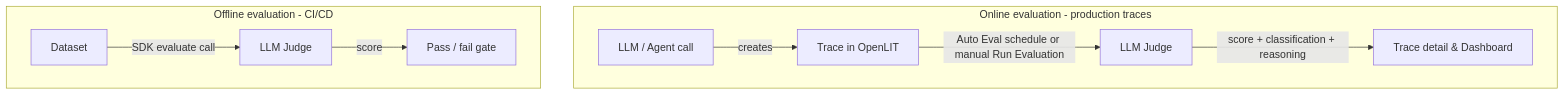
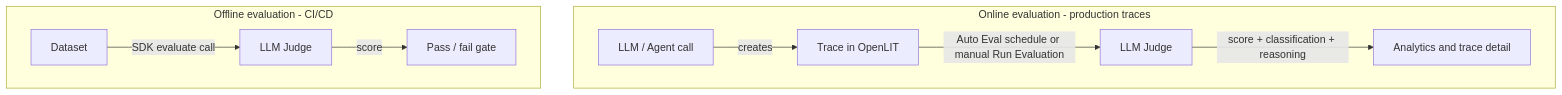
One commit to openlit/openlit changed the diagram in docs/latest/openlit/evaluations/overview.mdx. Above: the diagram before and after it, drawn with Mermaid. The commit also changed other lines of this file and 153 other files, not shown here.

````diff
--- a/docs/latest/openlit/evaluations/overview.mdx
+++ b/docs/latest/openlit/evaluations/overview.mdx
@@ -19,14 +35,14 @@
 ```mermaid
 flowchart TB;
     subgraph Online["Online evaluation - production traces"]
         direction LR;
         A[LLM / Agent call] -->|creates| B[Trace in OpenLIT];
         B -->|Auto Eval schedule or manual Run Evaluation| C[LLM Judge];
-        C -->|score + classification + reasoning| D[Trace detail & Dashboard];
+        C -->|score + classification + reasoning| D[Analytics and trace detail];
     end
     subgraph Offline["Offline evaluation - CI/CD"]
         direction LR;
         E[Dataset] -->|SDK evaluate call| F[LLM Judge];
         F -->|score| G[Pass / fail gate];
     end
 ```
````
